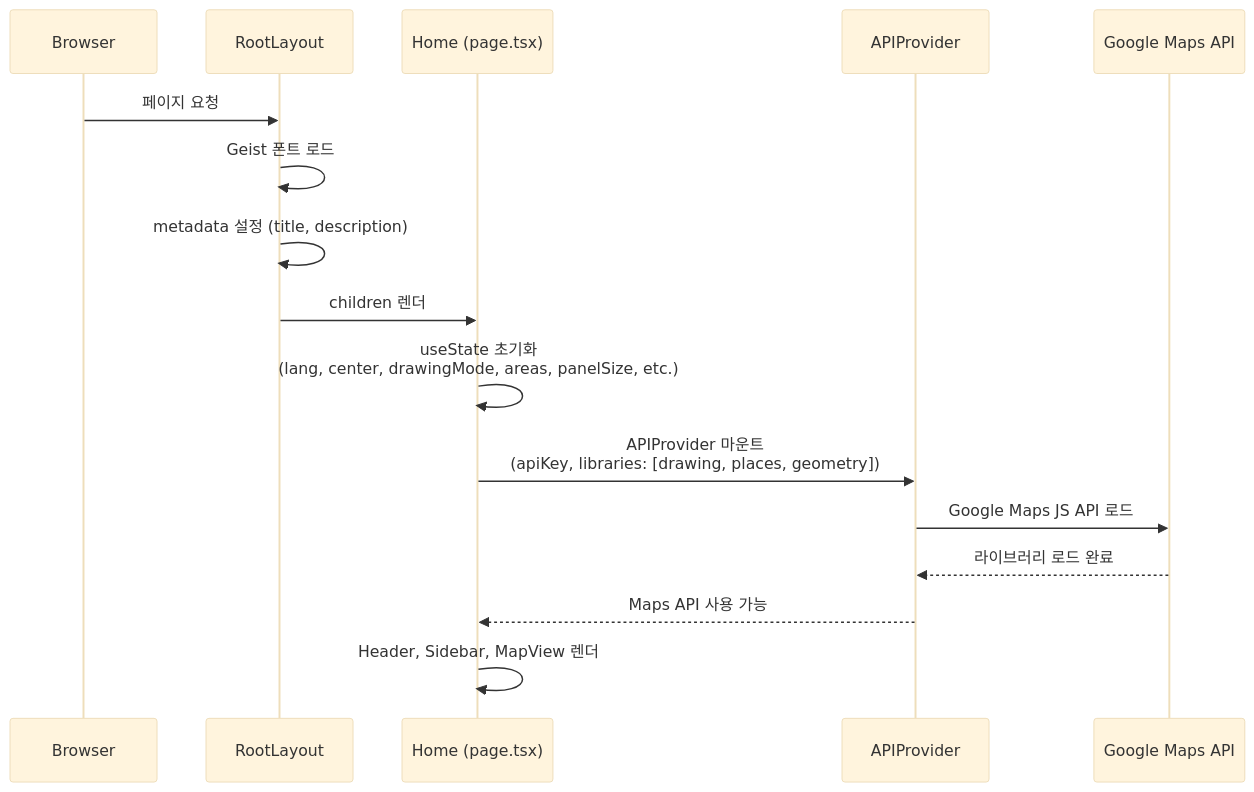
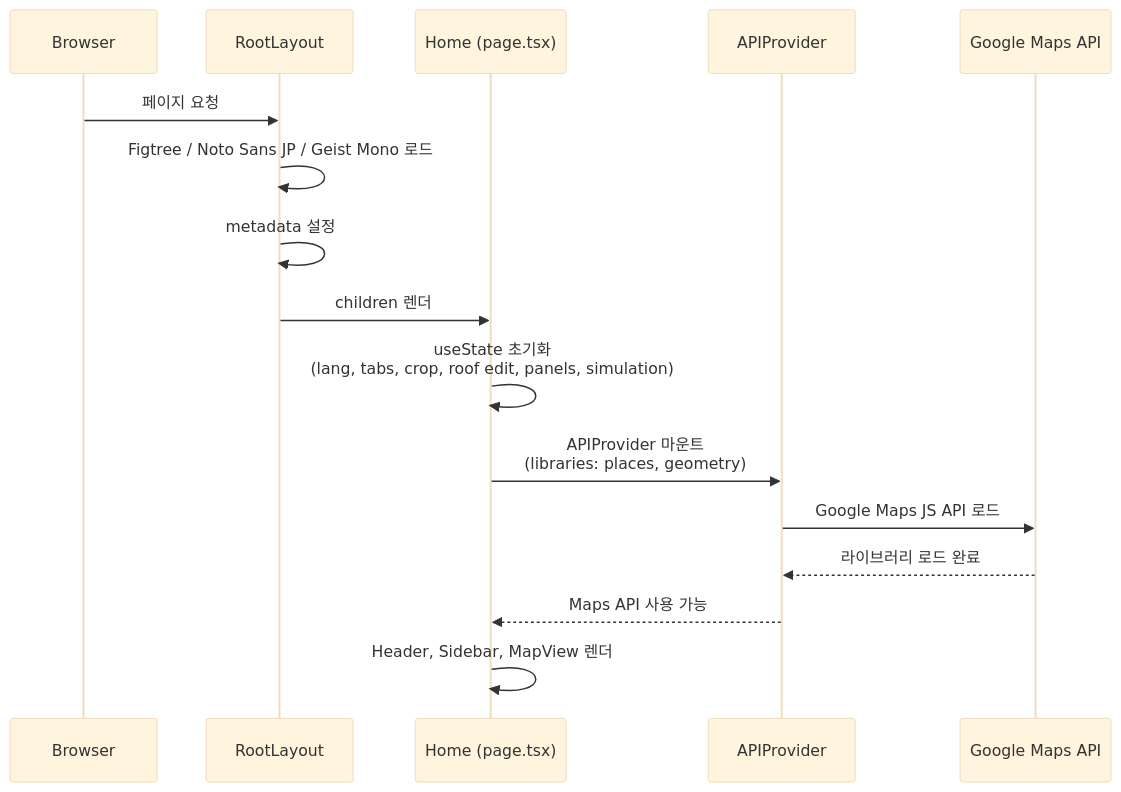
One commit to nalpari/solar-pv-system changed the first of 7 diagrams in docs/sequence-diagrams.md. Above: the diagram before and after it, drawn with Mermaid (base theme). The commit also changed other lines of this file and 7 other files, not shown here.

````diff
--- a/docs/sequence-diagrams.md
+++ b/docs/sequence-diagrams.md
@@ -5,19 +5,19 @@
 ```mermaid
 sequenceDiagram
     participant B as Browser
     participant L as RootLayout
     participant H as Home (page.tsx)
     participant API as APIProvider
     participant GM as Google Maps API
 
     B->>L: 페이지 요청
-    L->>L: Geist 폰트 로드
-    L->>L: metadata 설정 (title, description)
+    L->>L: Figtree / Noto Sans JP / Geist Mono 로드
+    L->>L: metadata 설정
     L->>H: children 렌더
-    H->>H: useState 초기화<br/>(lang, center, drawingMode, areas, panelSize, etc.)
-    H->>API: APIProvider 마운트<br/>(apiKey, libraries: [drawing, places, geometry])
+    H->>H: useState 초기화<br/>(lang, tabs, crop, roof edit, panels, simulation)
+    H->>API: APIProvider 마운트<br/>(libraries: places, geometry)
     API->>GM: Google Maps JS API 로드
     GM-->>API: 라이브러리 로드 완료
     API-->>H: Maps API 사용 가능
     H->>H: Header, Sidebar, MapView 렌더
 ```
````
